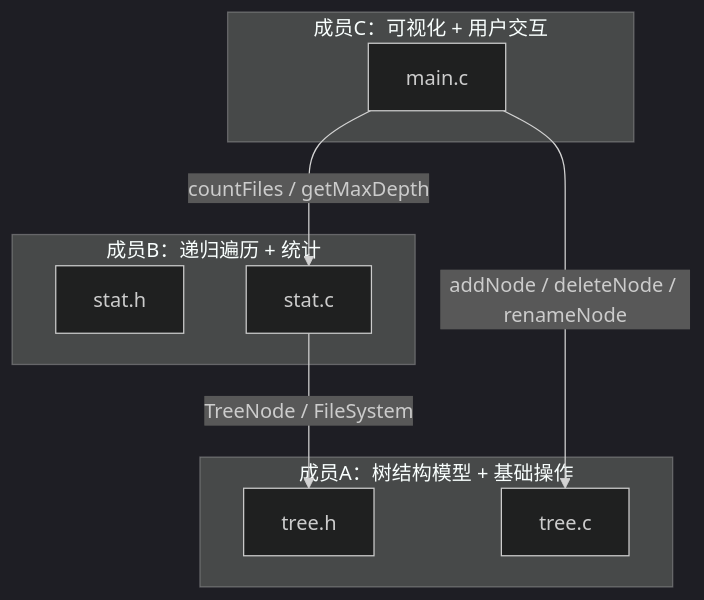
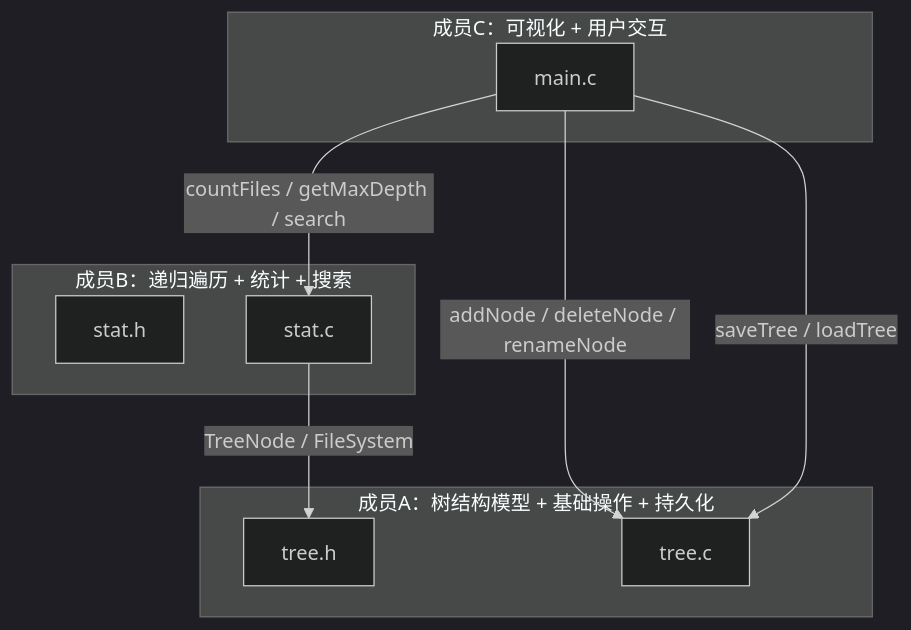
One commit to Mineocean/DataDesign changed the diagram in README.md. Above: the diagram before and after it, drawn with Mermaid (dark theme). The commit also changed other lines of this file, not shown here.

````diff
--- a/README.md
+++ b/README.md
@@ -7,20 +7,21 @@
 ```mermaid
 graph TD
     subgraph C["成员C：可视化 + 用户交互"]
         main.c
     end
 
-    subgraph B["成员B：递归遍历 + 统计"]
+    subgraph B["成员B：递归遍历 + 统计 + 搜索"]
         stat.h
         stat.c
     end
 
-    subgraph A["成员A：树结构模型 + 基础操作"]
+    subgraph A["成员A：树结构模型 + 基础操作 + 持久化"]
         tree.h
         tree.c
     end
 
     main.c -->|addNode / deleteNode / renameNode| tree.c
-    main.c -->|countFiles / getMaxDepth| stat.c
+    main.c -->|countFiles / getMaxDepth / search| stat.c
+    main.c -->|saveTree / loadTree| tree.c
     stat.c -->|TreeNode / FileSystem| tree.h
 ```
````
